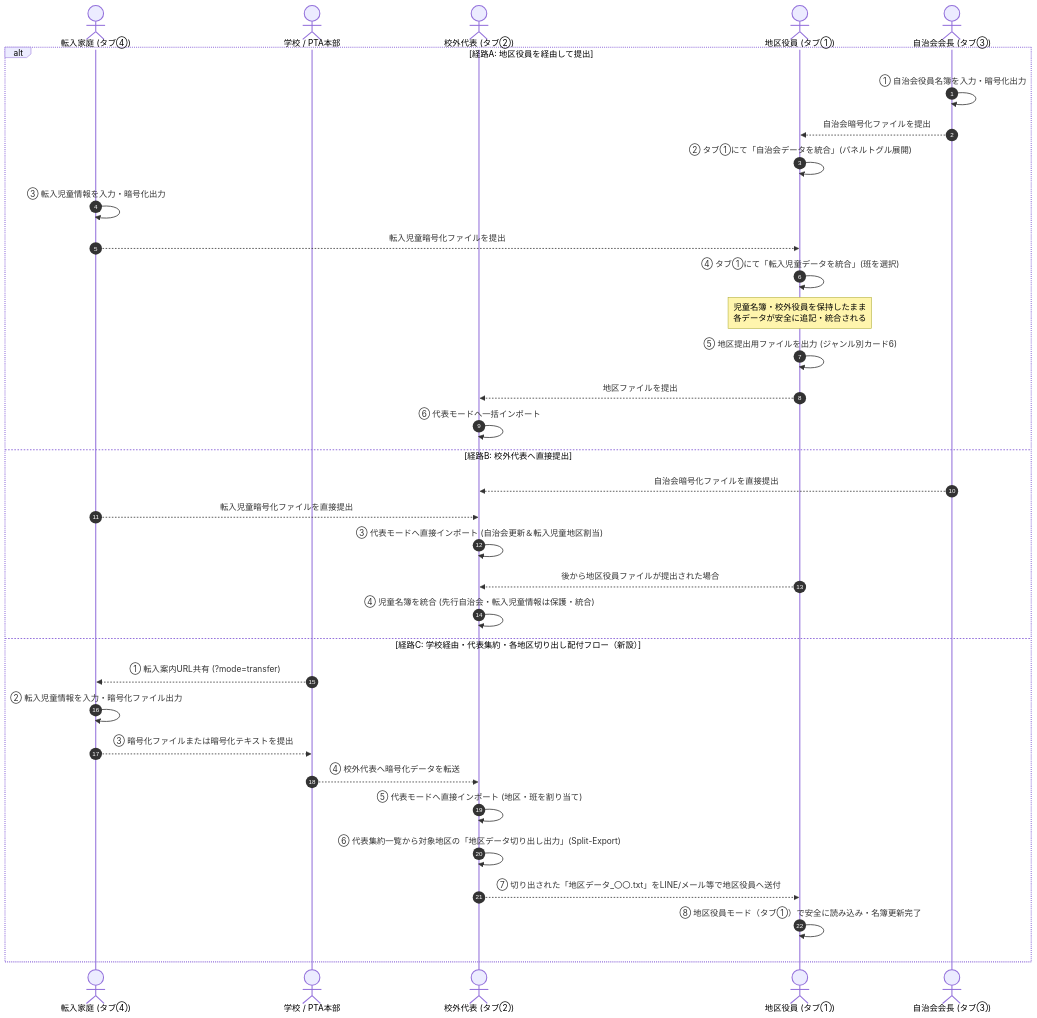
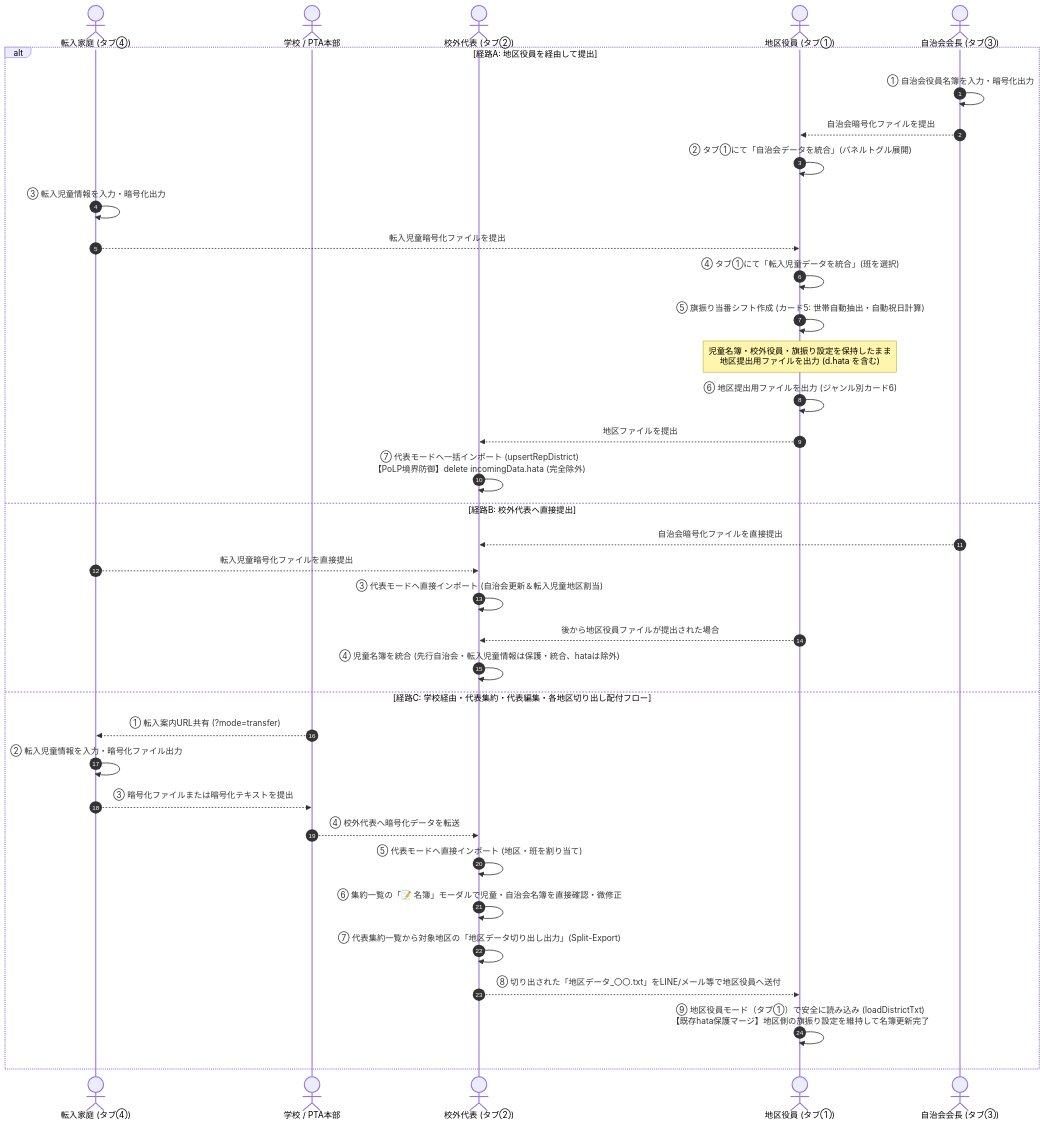
One commit to tekuteku-life/kogaidocs changed the third of 4 diagrams in docs/system_design.md. Above: the diagram before and after it, drawn with Mermaid. The commit also changed other lines of this file and 19 other files, not shown here.

Commit message:
feat: standardize delete confirmations, reorganize rep card 1, add rep district modal, fix split-export guidance, and integrate hatafurotto with PoLP

````diff
--- a/docs/system_design.md
+++ b/docs/system_design.md
@@ -308,37 +317,39 @@
 ```mermaid
 sequenceDiagram
 	autonumber
 	actor Transfer as 転入家庭 (タブ④)
 	actor School as 学校 / PTA本部
 	actor Rep as 校外代表 (タブ②)
 	actor Officer as 地区役員 (タブ①)
 	actor Choka as 自治会会長 (タブ③)
 
 	alt 経路A: 地区役員を経由して提出
 		Choka->>Choka: ① 自治会役員名簿を入力・暗号化出力
 		Choka-->>Officer: 自治会暗号化ファイルを提出
 		Officer->>Officer: ② タブ①にて「自治会データを統合」(パネルトグル展開)
 		Transfer->>Transfer: ③ 転入児童情報を入力・暗号化出力
 		Transfer-->>Officer: 転入児童暗号化ファイルを提出
 		Officer->>Officer: ④ タブ①にて「転入児童データを統合」(班を選択)
-		Note over Officer: 児童名簿・校外役員を保持したまま<br/>各データが安全に追記・統合される
-		Officer->>Officer: ⑤ 地区提出用ファイルを出力 (ジャンル別カード6)
+		Officer->>Officer: ⑤ 旗振り当番シフト作成 (カード5: 世帯自動抽出・自動祝日計算)
+		Note over Officer: 児童名簿・校外役員・旗振り設定を保持したまま<br/>地区提出用ファイルを出力 (d.hata を含む)
+		Officer->>Officer: ⑥ 地区提出用ファイルを出力 (ジャンル別カード6)
 		Officer-->>Rep: 地区ファイルを提出
-		Rep->>Rep: ⑥ 代表モードへ一括インポート
+		Rep->>Rep: ⑦ 代表モードへ一括インポート (upsertRepDistrict)<br/>【PoLP境界防御】delete incomingData.hata (完全除外)
 	else 経路B: 校外代表へ直接提出
 		Choka-->>Rep: 自治会暗号化ファイルを直接提出
 		Transfer-->>Rep: 転入児童暗号化ファイルを直接提出
 		Rep->>Rep: ③ 代表モードへ直接インポート (自治会更新＆転入児童地区割当)
 		Officer-->>Rep: 後から地区役員ファイルが提出された場合
-		Rep->>Rep: ④ 児童名簿を統合 (先行自治会・転入児童情報は保護・統合)
-	else 経路C: 学校経由・代表集約・各地区切り出し配付フロー（新設）
+		Rep->>Rep: ④ 児童名簿を統合 (先行自治会・転入児童情報は保護・統合、hataは除外)
+	else 経路C: 学校経由・代表集約・代表編集・各地区切り出し配付フロー
 		School-->>Transfer: ① 転入案内URL共有 (?mode=transfer)
 		Transfer->>Transfer: ② 転入児童情報を入力・暗号化ファイル出力
 		Transfer-->>School: ③ 暗号化ファイルまたは暗号化テキストを提出
 		School-->>Rep: ④ 校外代表へ暗号化データを転送
 		Rep->>Rep: ⑤ 代表モードへ直接インポート (地区・班を割り当て)
-		Rep->>Rep: ⑥ 代表集約一覧から対象地区の「地区データ切り出し出力」(Split-Export)
-		Rep-->>Officer: ⑦ 切り出された「地区データ_〇〇.txt」をLINE/メール等で地区役員へ送付
-		Officer->>Officer: ⑧ 地区役員モード（タブ①）で安全に読み込み・名簿更新完了
+		Rep->>Rep: ⑥ 集約一覧の「📝 名簿」モーダルで児童・自治会名簿を直接確認・微修正
+		Rep->>Rep: ⑦ 代表集約一覧から対象地区の「地区データ切り出し出力」(Split-Export)
+		Rep-->>Officer: ⑧ 切り出された「地区データ_〇〇.txt」をLINE/メール等で地区役員へ送付
+		Officer->>Officer: ⑨ 地区役員モード（タブ①）で安全に読み込み (loadDistrictTxt)<br/>【既存hata保護マージ】地区側の旗振り設定を維持して名簿更新完了
 	end
 ```
````
